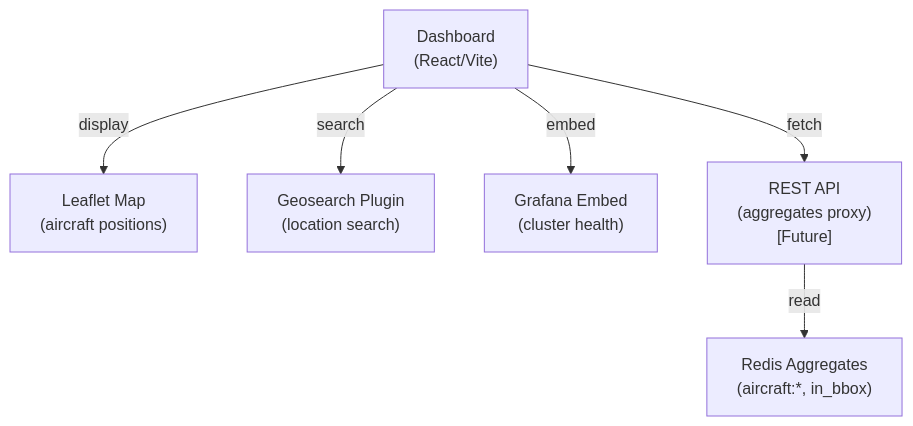
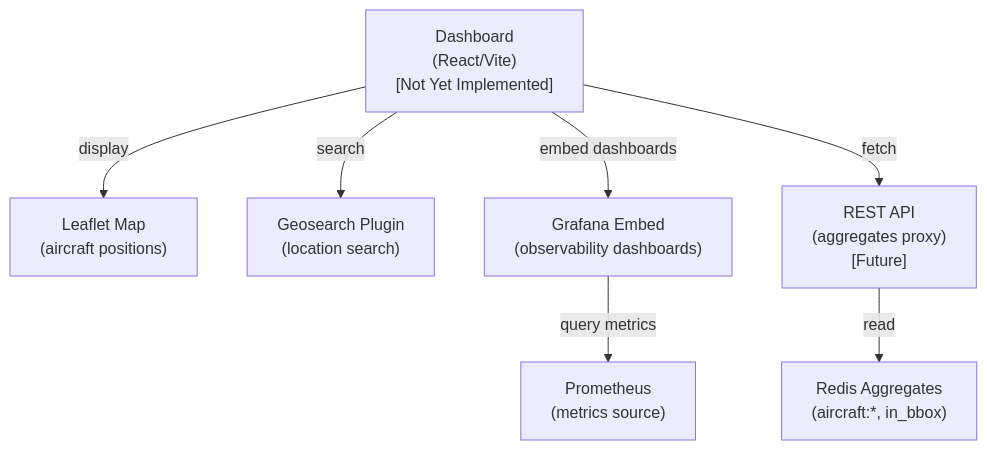
Before and after one commit to ClementV78/CloudRadar: the sixth of 7 diagrams in docs/architecture/application-architecture.md, drawn with Mermaid. The commit also changed other lines of this file, not shown here.

Commit message:
docs(app): clarify section 5 (dashboard not yet implemented, prometheus metrics)

````diff
--- a/docs/architecture/application-architecture.md
+++ b/docs/architecture/application-architecture.md
@@ -388,15 +391,17 @@
 ```mermaid
 graph TB
-    Dashboard["Dashboard<br/>(React/Vite)"]
+    Dashboard["Dashboard<br/>(React/Vite)<br/>[Not Yet Implemented]"]
     Leaflet["Leaflet Map<br/>(aircraft positions)"]
     GeoSearch["Geosearch Plugin<br/>(location search)"]
-    Metrics["Grafana Embed<br/>(cluster health)"]
+    Grafana["Grafana Embed<br/>(observability dashboards)"]
+    Prometheus["Prometheus<br/>(metrics source)"]
     RedisAPI["REST API<br/>(aggregates proxy)<br/>[Future]"]
     Redis["Redis Aggregates<br/>(aircraft:*, in_bbox)"]
     
     Dashboard -->|display| Leaflet
     Dashboard -->|search| GeoSearch
-    Dashboard -->|embed| Metrics
+    Dashboard -->|embed dashboards| Grafana
+    Grafana -->|query metrics| Prometheus
     Dashboard -->|fetch| RedisAPI
     RedisAPI -->|read| Redis
 ```
````
